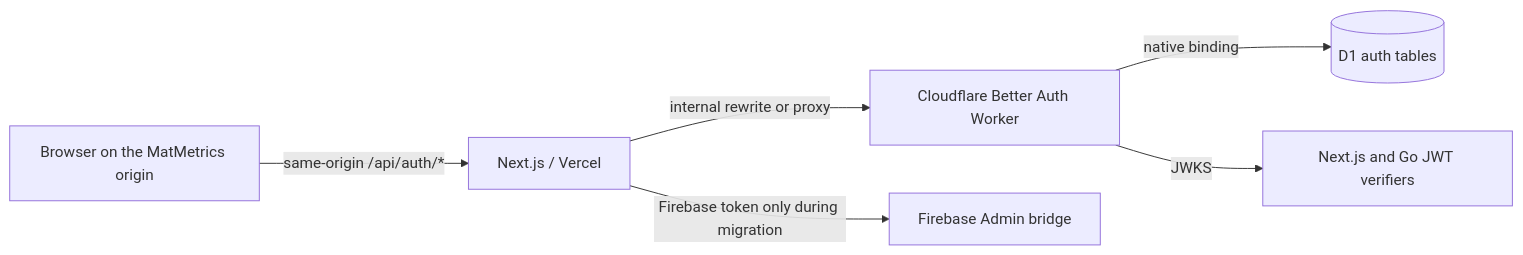
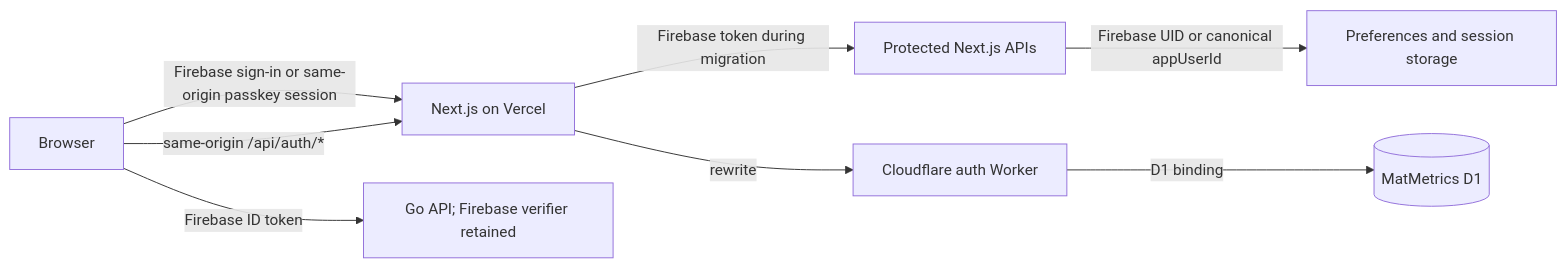
Before and after one commit to CyanAutomation/matmetrics: the diagram in docs/better-auth-passkey-migration.md, drawn with Mermaid. The commit also changed other lines of this file and 31 other files, not shown here.

Commit message:
Harden Better Auth passkey migration

````diff
--- a/docs/better-auth-passkey-migration.md
+++ b/docs/better-auth-passkey-migration.md
@@ -50,8 +17,10 @@
 ```mermaid
 flowchart LR
-  B[Browser on the MatMetrics origin] -->|same-origin /api/auth/*| V[Next.js / Vercel]
-  V -->|internal rewrite or proxy| C[Cloudflare Better Auth Worker]
-  C -->|native binding| D[(D1 auth tables)]
-  C -->|JWKS| N[Next.js and Go JWT verifiers]
-  V -->|Firebase token only during migration| F[Firebase Admin bridge]
+  B[Browser] -->|Firebase sign-in or same-origin passkey session| V[Next.js on Vercel]
+  V -->|Firebase token during migration| A[Protected Next.js APIs]
+  B -->|same-origin /api/auth/*| V
+  V -->|rewrite| W[Cloudflare auth Worker]
+  W -->|D1 binding| D[(MatMetrics D1)]
+  A -->|Firebase UID or canonical appUserId| S[Preferences and session storage]
+  B -->|Firebase ID token| G[Go API; Firebase verifier retained]
 ```
````
